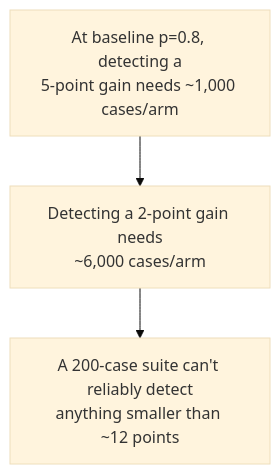
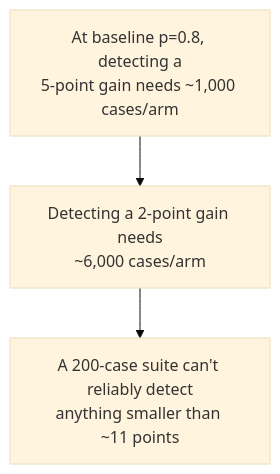
One commit to Sourav692/AI-ENGINEERING-DEMYSTIFIED changed the fifth of 6 diagrams in 06_Interview_Prep/FDE/Cracking_Agentic_AI_System_Design_Interviews/ch12_validation_and_measurement.md. Above: the diagram before and after it, drawn with Mermaid (base theme). The commit also changed other lines of this file and 130 other files, not shown here.

````diff
--- a/06_Interview_Prep/FDE/Cracking_Agentic_AI_System_Design_Interviews/ch12_validation_and_measurement.md
+++ b/06_Interview_Prep/FDE/Cracking_Agentic_AI_System_Design_Interviews/ch12_validation_and_measurement.md
@@ -144,7 +144,7 @@
 ```mermaid
 flowchart TD
     A["At baseline p=0.8, detecting a<br/>5-point gain needs ~1,000 cases/arm"]
     B["Detecting a 2-point gain needs<br/>~6,000 cases/arm"]
-    C["A 200-case suite can't reliably detect<br/>anything smaller than ~12 points"]
+    C["A 200-case suite can't reliably detect<br/>anything smaller than ~11 points"]
     A --> B --> C
 ```
````
